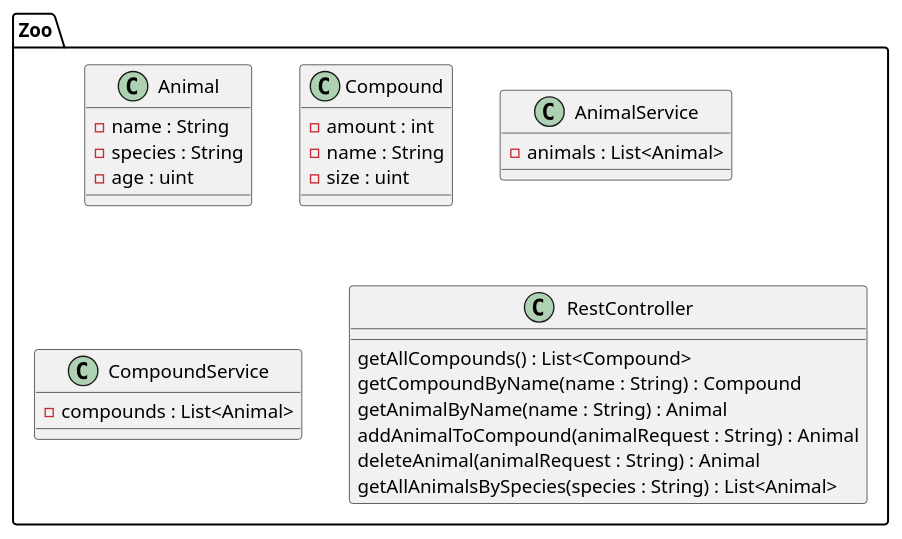
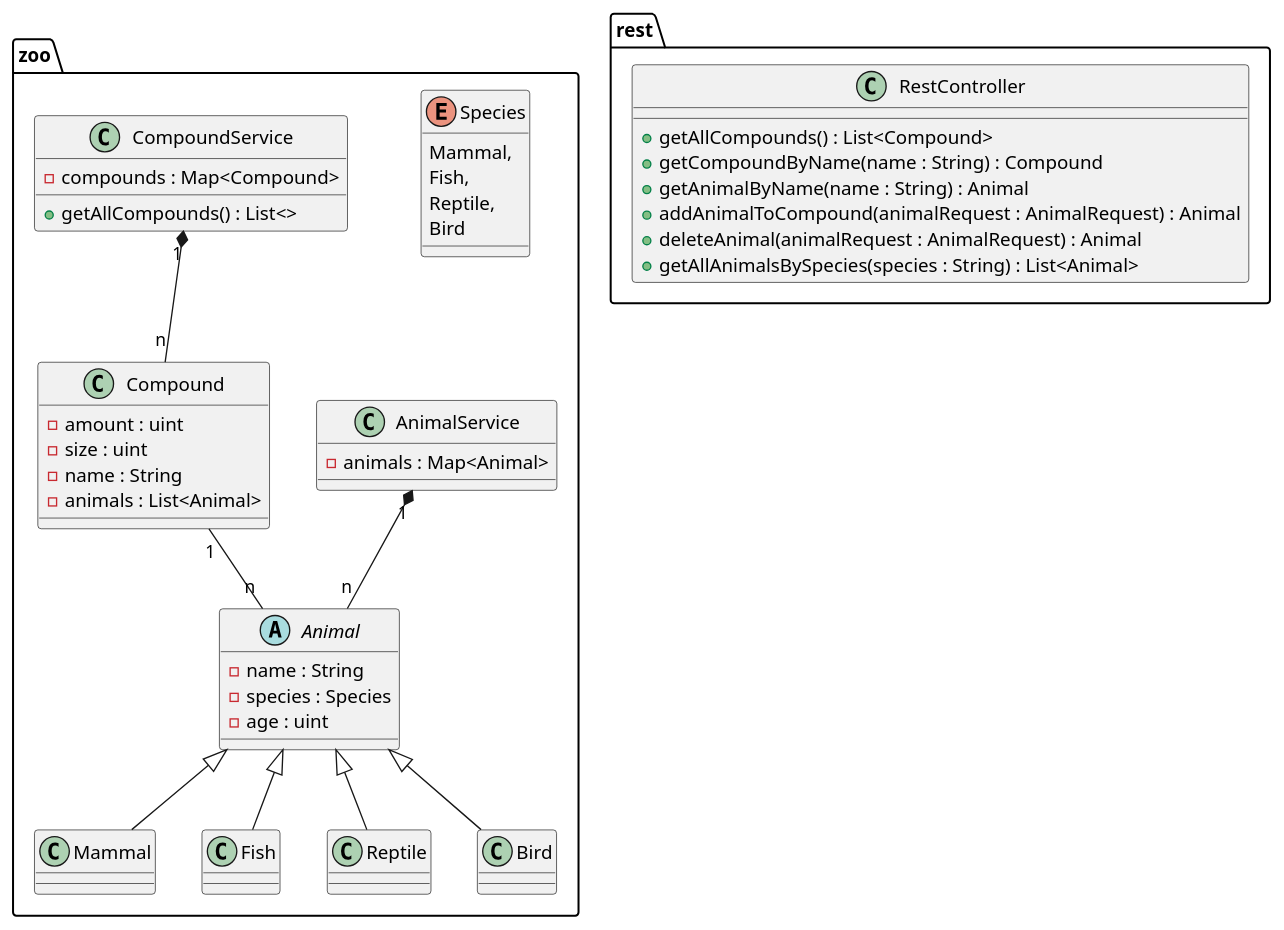
Before and after one commit to tenderZeitGeist/micro-service: the diagram in extras/zoo.puml, drawn with PlantUML.

```diff
--- a/extras/zoo.puml
+++ b/extras/zoo.puml
@@ -1,33 +1,54 @@
 @startuml
 
-package Zoo {
-class Animal {
+package zoo {
+
+enum Species {
+    Mammal,
+    Fish,
+    Reptile,
+    Bird
+}
+
+abstract Animal {
   - name : String
-  - species : String
+  - species : Species
   - age : uint
 }
 
+class Mammal extends Animal {}
+class Fish extends Animal {}
+class Reptile extends Animal {}
+class Bird extends Animal {}
+
 class Compound {
-  - amount : int
+  - amount : uint
+  - size : uint
   - name : String
-  - size : uint
+  - animals : List<Animal>
 }
 
 class AnimalService {
-  - animals : List<Animal>
+  - animals : Map<Animal>
 }
 
 class CompoundService {
-  - compounds : List<Animal>
+  - compounds : Map<Compound>
+  + getAllCompounds() : List<>
 }
 
+AnimalService "1" *-- "n" Animal
+Compound "1" -- "n" Animal
+CompoundService "1" *-- "n" Compound
+}
+
+package rest{
 class RestController {
-	getAllCompounds() : List<Compound>
-	getCompoundByName(name : String) : Compound
-	getAnimalByName(name : String) : Animal
-	addAnimalToCompound(animalRequest : String) : Animal
-	deleteAnimal(animalRequest : String) : Animal
-	getAllAnimalsBySpecies(species : String) : List<Animal>
+    + getAllCompounds() : List<Compound>
+    + getCompoundByName(name : String) : Compound
+    + getAnimalByName(name : String) : Animal
+    + addAnimalToCompound(animalRequest : AnimalRequest) : Animal
+    + deleteAnimal(animalRequest : AnimalRequest) : Animal
+    + getAllAnimalsBySpecies(species : String) : List<Animal>
 }
 
 @enduml
```
